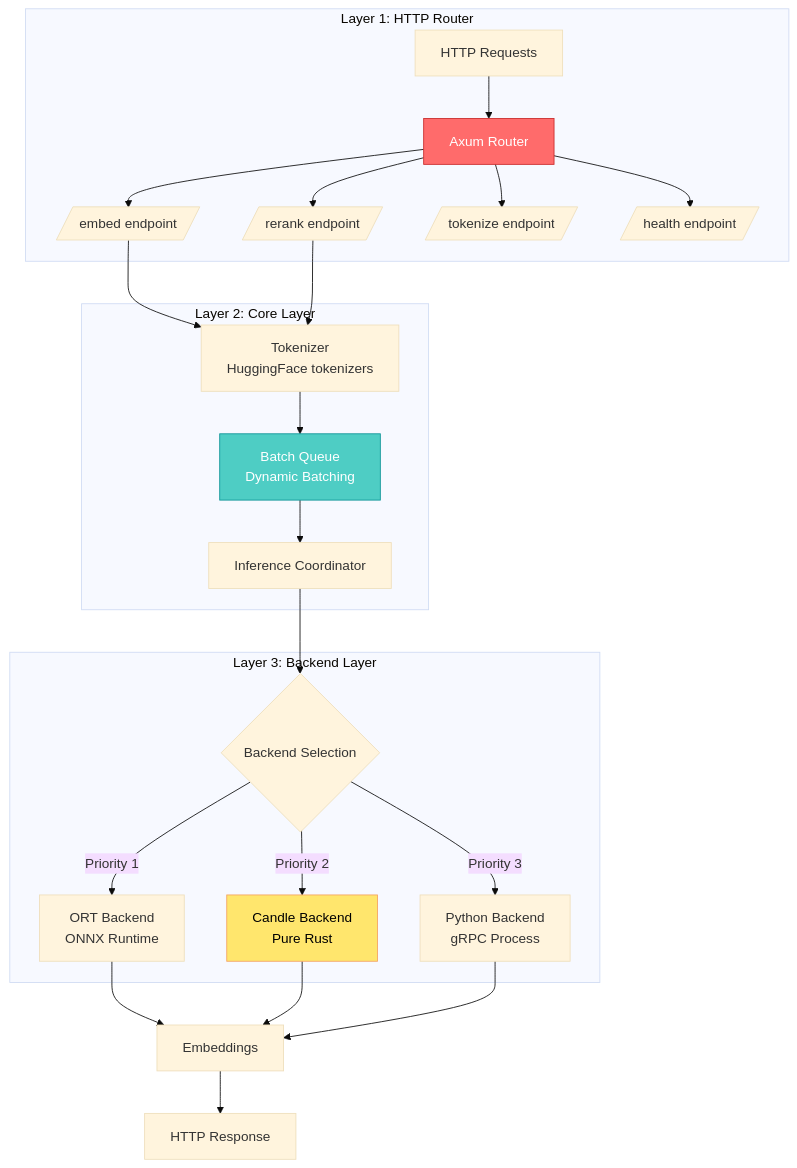
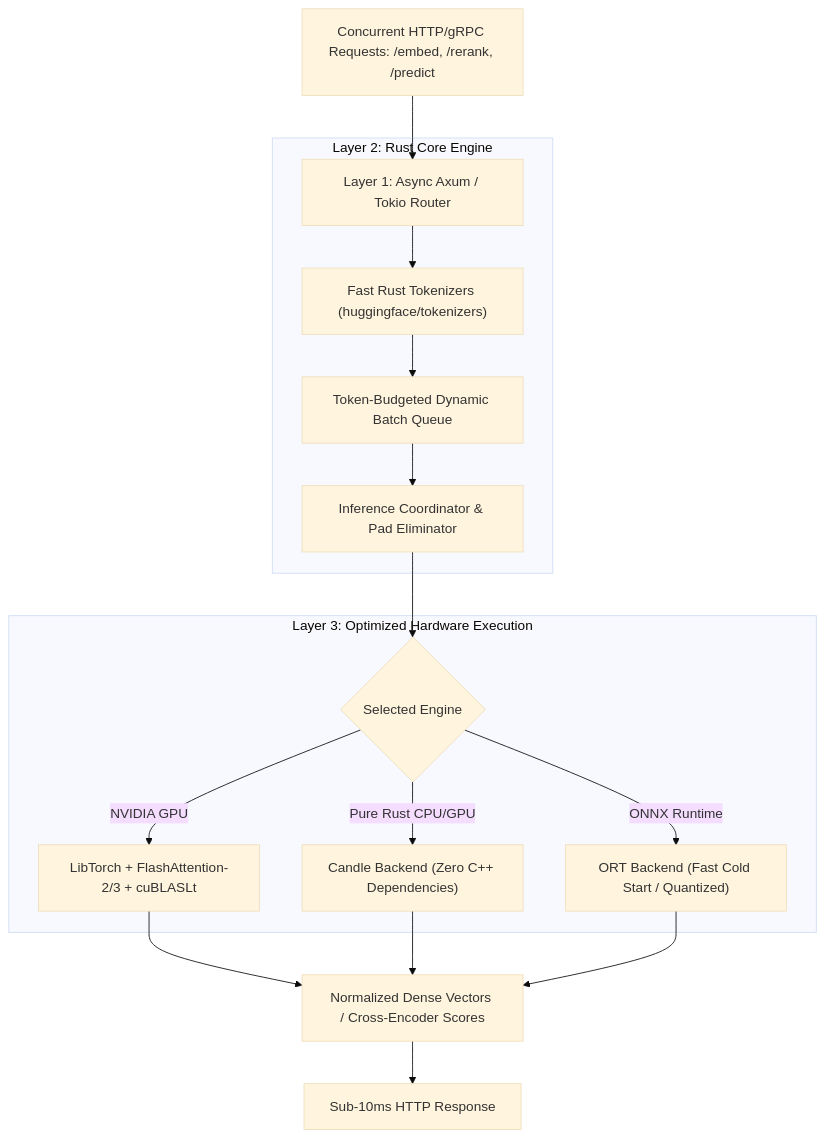
One commit to akillness/akillness.github.io changed the first of 2 diagrams in _posts/2025/12/2025-12-05-huggingface-text-embeddings-inference-deep-dive.md. Above: the diagram before and after it, drawn with Mermaid (base theme). The commit also changed other lines of this file and 1 other file, not shown here.

Commit message:
archive(dev): rebuild huggingface-text-embeddings-inference-deep-dive from 2025-12 note

````diff
--- a/_posts/2025/12/2025-12-05-huggingface-text-embeddings-inference-deep-dive.md
+++ b/_posts/2025/12/2025-12-05-huggingface-text-embeddings-inference-deep-dive.md
@@ -37,33 +35,22 @@
 ```mermaid
-graph TB
-    subgraph "Layer 1: HTTP Router"
-        A[HTTP Requests] --> B[Axum Router]
-        B --> C[/embed endpoint/]
-        B --> D[/rerank endpoint/]
-        B --> E[/tokenize endpoint/]
-        B --> F[/health endpoint/]
+graph TD
+    Client[Concurrent HTTP/gRPC Requests: /embed, /rerank, /predict] --> Axum[Layer 1: Async Axum / Tokio Router]
+    
+    subgraph Core_Engine [Layer 2: Rust Core Engine]
+        Axum --> Tokenizer["Fast Rust Tokenizers (huggingface/tokenizers)"]
+        Tokenizer --> Queue["Token-Budgeted Dynamic Batch Queue"]
+        Queue --> Coordinator["Inference Coordinator & Pad Eliminator"]
     end
 
-    subgraph "Layer 2: Core Layer"
-        C --> G["Tokenizer<br>HuggingFace tokenizers"]
-        D --> G
-        G --> H["Batch Queue<br>Dynamic Batching"]
-        H --> I[Inference Coordinator]
+    subgraph Hardware_Backends [Layer 3: Optimized Hardware Execution]
+        Coordinator --> BackendCheck{Selected Engine}
+        BackendCheck -->|NVIDIA GPU| LibTorch["LibTorch + FlashAttention-2/3 + cuBLASLt"]
+        BackendCheck -->|Pure Rust CPU/GPU| Candle["Candle Backend (Zero C++ Dependencies)"]
+        BackendCheck -->|ONNX Runtime| ORT["ORT Backend (Fast Cold Start / Quantized)"]
     end
 
-    subgraph "Layer 3: Backend Layer"
-        I --> J{Backend Selection}
-        J -->|Priority 1| K["ORT Backend<br>ONNX Runtime"]
-        J -->|Priority 2| L["Candle Backend<br>Pure Rust"]
-        J -->|Priority 3| M["Python Backend<br>gRPC Process"]
-    end
-
-    K --> N[Embeddings]
-    L --> N
-    M --> N
-    N --> O[HTTP Response]
-
-    style B fill:#ff6b6b,stroke:#c92a2a,color:#fff
-    style H fill:#4ecdc4,stroke:#0a9396,color:#fff
-    style L fill:#ffe66d,stroke:#f4a261,color:#000
+    LibTorch --> Output[Normalized Dense Vectors / Cross-Encoder Scores]
+    Candle --> Output
+    ORT --> Output
+    Output --> Response[Sub-10ms HTTP Response]
 ```
````
